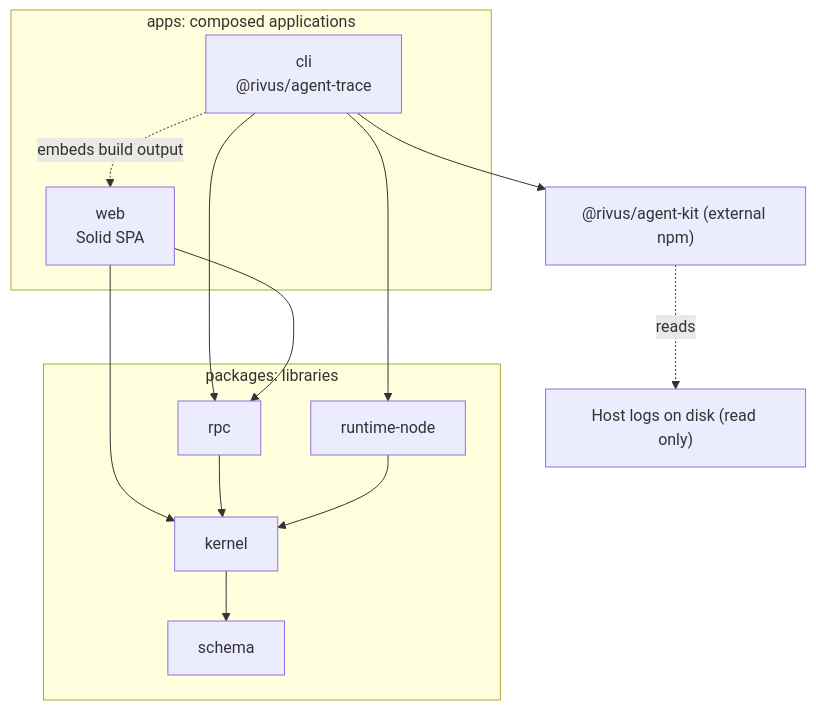
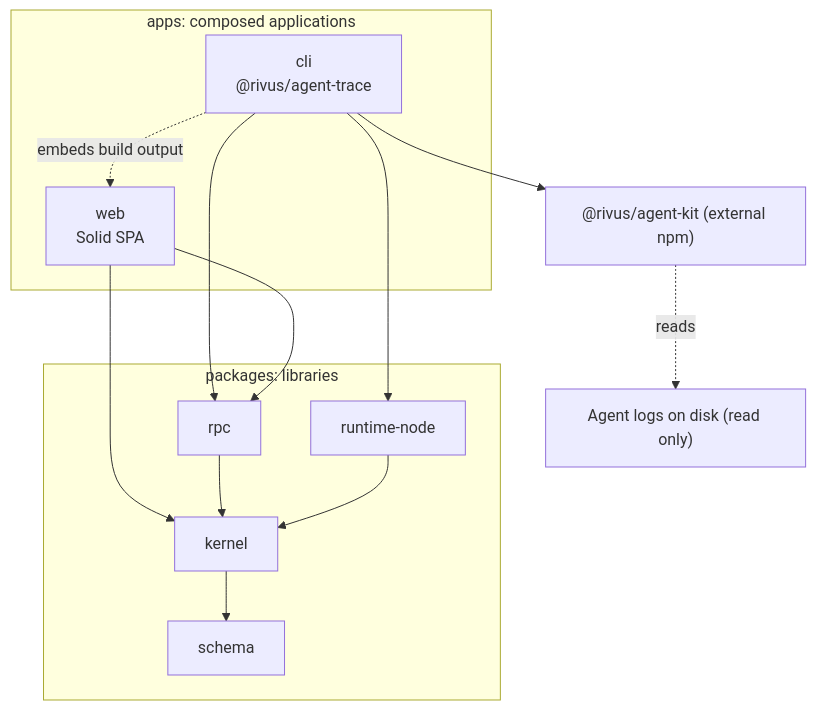
Before and after one commit to PerfectPan/estela: the first of 4 diagrams in docs/plans/0001-external-release.md, drawn with Mermaid. The commit also changed other lines of this file and 81 other files, not shown here.

````diff
--- a/docs/plans/0001-external-release.md
+++ b/docs/plans/0001-external-release.md
@@ -108,25 +108,25 @@
 ```mermaid
 flowchart TB
   subgraph apps["apps: composed applications"]
     cli["cli<br/>@rivus/agent-trace"]
     web["web<br/>Solid SPA"]
   end
   subgraph packages["packages: libraries"]
     rpc["rpc"]
     rt["runtime-node"]
     kernel["kernel"]
     schema["schema"]
   end
   kit["@rivus/agent-kit (external npm)"]
-  logs["Host logs on disk (read only)"]
+  logs["Agent logs on disk (read only)"]
   cli --> rpc
   cli --> rt
   cli --> kit
   cli -. "embeds build output" .-> web
   web --> rpc
   web --> kernel
   rpc --> kernel
   rt --> kernel
   kernel --> schema
   kit -. "reads" .-> logs
 ```
````
